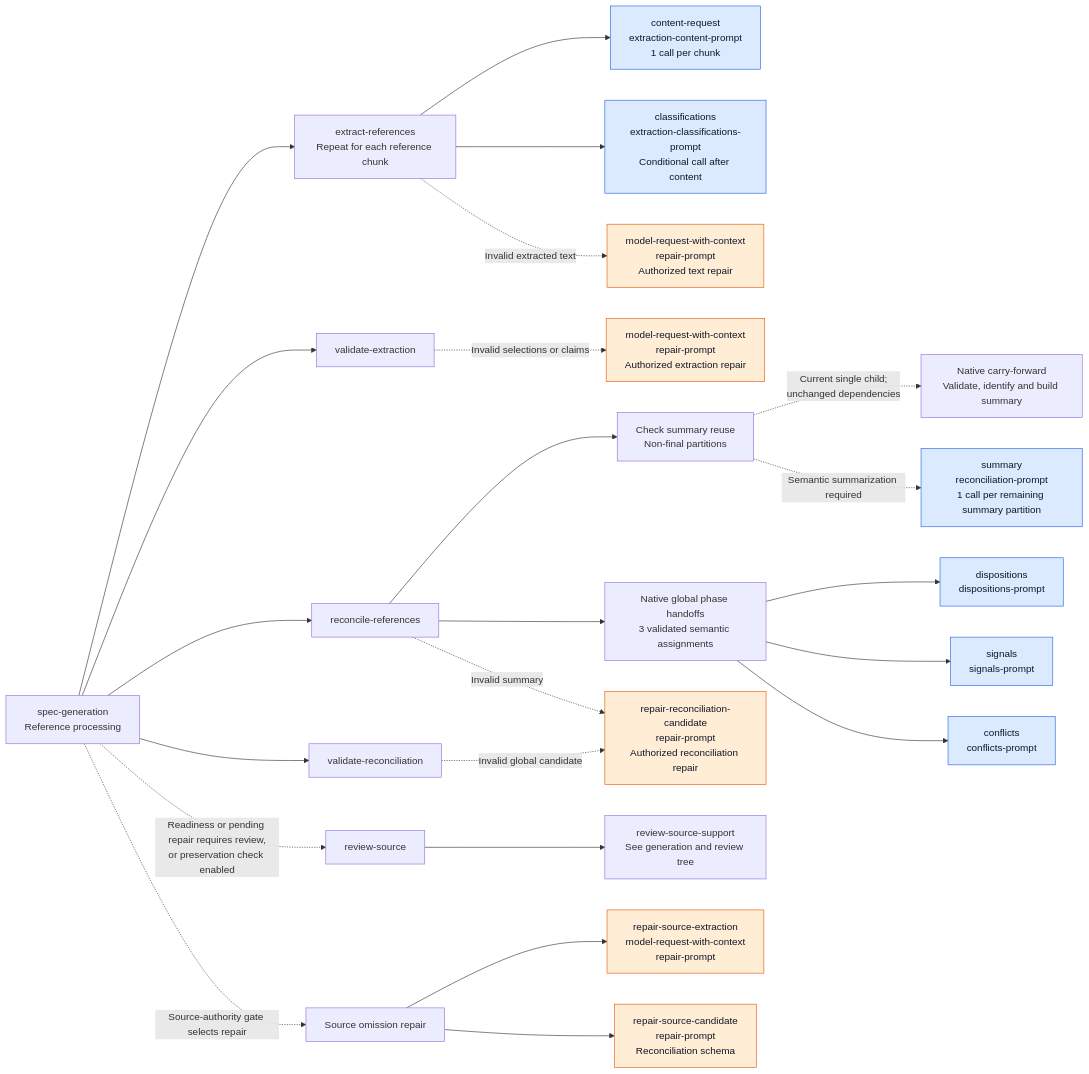
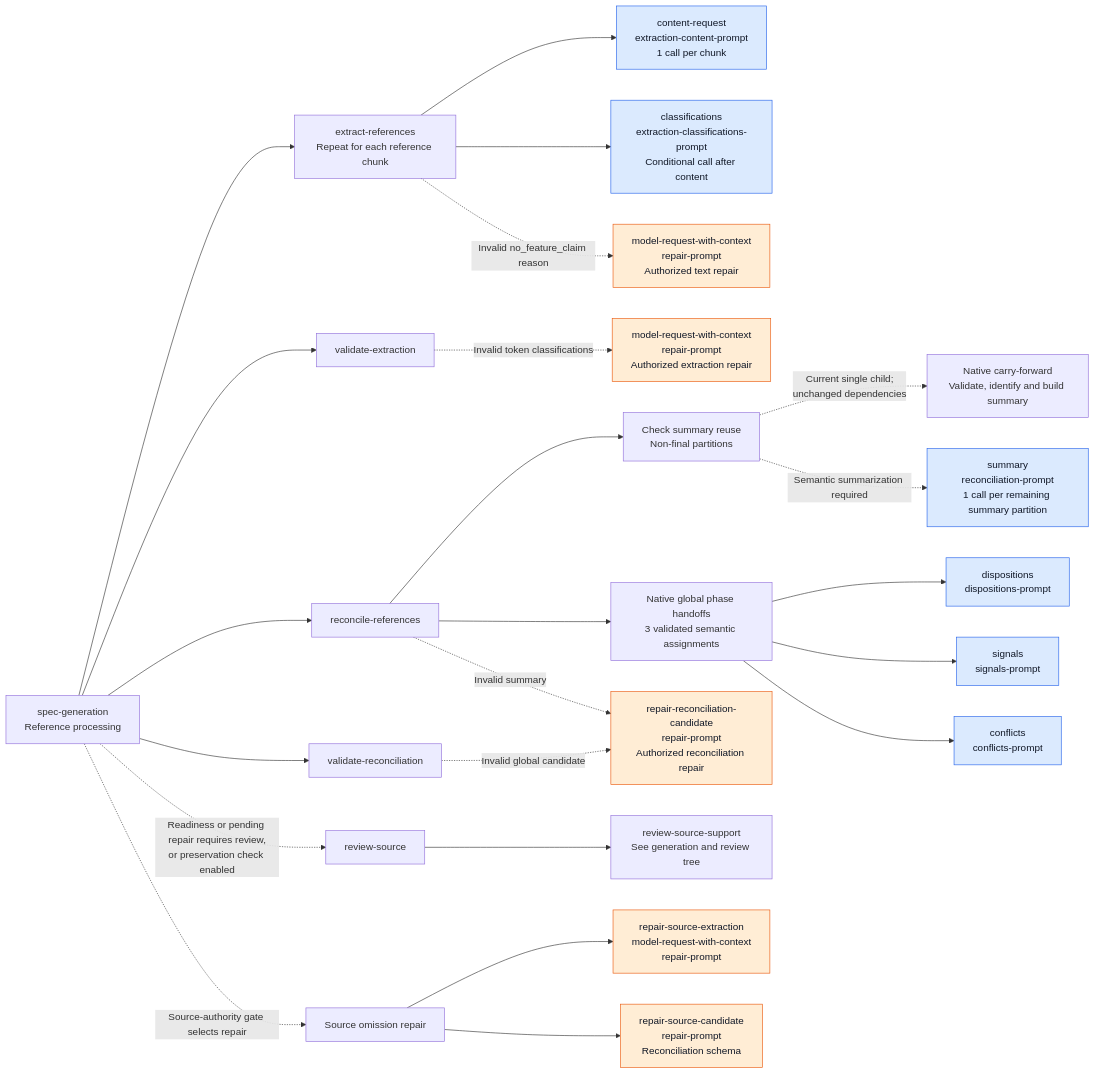
One commit to littledespot/sdde changed the first of 3 diagrams in design/diagrams/21-spec-model-call-tree.md. Above: the diagram before and after it, drawn with Mermaid. The commit also changed 56 other files, not shown here.

````diff
--- a/design/diagrams/21-spec-model-call-tree.md
+++ b/design/diagrams/21-spec-model-call-tree.md
@@ -22,35 +22,35 @@
 ```mermaid
 flowchart LR
     ROOT["spec-generation<br/>Reference processing"]
     ROOT --> EX["extract-references<br/>Repeat for each reference chunk"]
     EX --> CONTENT["content-request<br/>extraction-content-prompt<br/>1 call per chunk"]
     EX --> CLASSIFICATIONS["classifications<br/>extraction-classifications-prompt<br/>Conditional call after content"]
-    EX -. "Invalid extracted text" .-> TEXT_REPAIR["model-request-with-context<br/>repair-prompt<br/>Authorized text repair"]
+    EX -. "Invalid no_feature_claim reason" .-> TEXT_REPAIR["model-request-with-context<br/>repair-prompt<br/>Authorized text repair"]
 
     ROOT --> VALIDATE_EX["validate-extraction"]
-    VALIDATE_EX -. "Invalid selections or claims" .-> EX_REPAIR["model-request-with-context<br/>repair-prompt<br/>Authorized extraction repair"]
+    VALIDATE_EX -. "Invalid token classifications" .-> EX_REPAIR["model-request-with-context<br/>repair-prompt<br/>Authorized extraction repair"]
 
     ROOT --> RC["reconcile-references"]
     RC --> SUMMARY_ROUTE["Check summary reuse<br/>Non-final partitions"]
     SUMMARY_ROUTE -. "Current single child;<br/>unchanged dependencies" .-> SUMMARY_REUSE["Native carry-forward<br/>Validate, identify and build summary"]
     SUMMARY_ROUTE -. "Semantic summarization required" .-> SUMMARY["summary<br/>reconciliation-prompt<br/>1 call per remaining summary partition"]
     RC --> GLOBAL["Native global phase handoffs<br/>3 validated semantic assignments"]
     GLOBAL --> DISPOSITIONS["dispositions<br/>dispositions-prompt"]
     GLOBAL --> SIGNALS["signals<br/>signals-prompt"]
     GLOBAL --> CONFLICTS["conflicts<br/>conflicts-prompt"]
     RC -. "Invalid summary" .-> RC_REPAIR["repair-reconciliation-candidate<br/>repair-prompt<br/>Authorized reconciliation repair"]
 
     ROOT --> VALIDATE_RC["validate-reconciliation"]
     VALIDATE_RC -. "Invalid global candidate" .-> RC_REPAIR
 
     ROOT -. "Readiness or pending repair requires review,<br/>or preservation check enabled" .-> SOURCE["review-source"]
     SOURCE --> SUPPORT["review-source-support<br/>See generation and review tree"]
     ROOT -. "Source-authority gate selects repair" .-> UPSTREAM["Source omission repair"]
     UPSTREAM --> SOURCE_EX["repair-source-extraction<br/>model-request-with-context<br/>repair-prompt"]
     UPSTREAM --> SOURCE_RC["repair-source-candidate<br/>repair-prompt<br/>Reconciliation schema"]
 
     classDef model fill:#dbeafe,stroke:#2563eb,color:#111827;
     classDef repair fill:#ffedd5,stroke:#ea580c,color:#111827;
     class CONTENT,CLASSIFICATIONS,SUMMARY,DISPOSITIONS,SIGNALS,CONFLICTS model;
     class TEXT_REPAIR,EX_REPAIR,RC_REPAIR,SOURCE_EX,SOURCE_RC repair;
 ```
````
